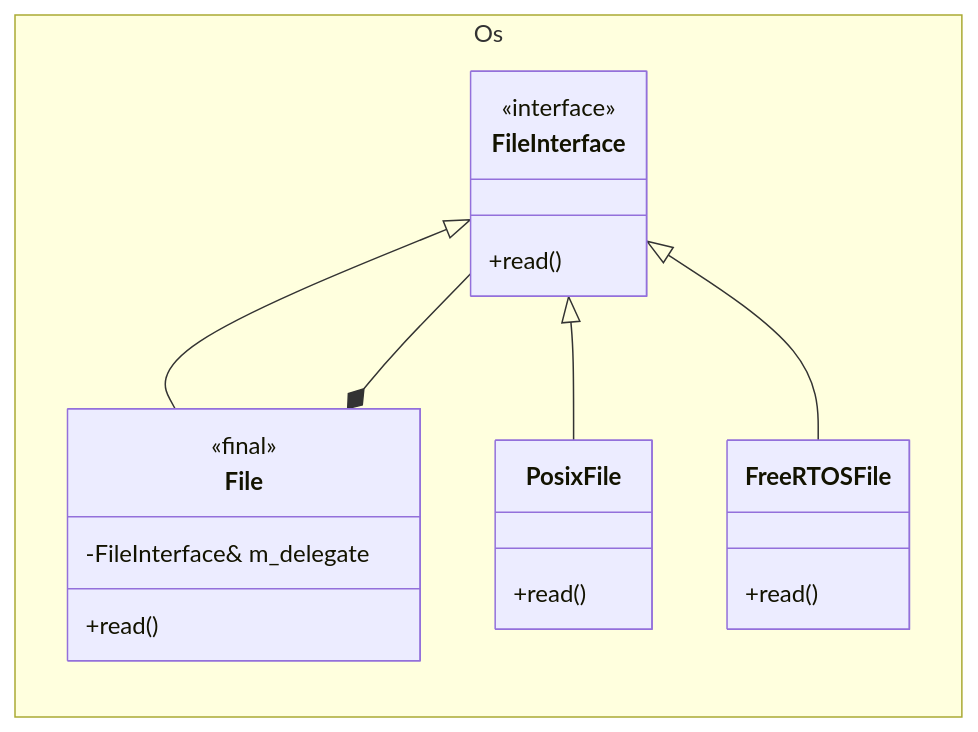
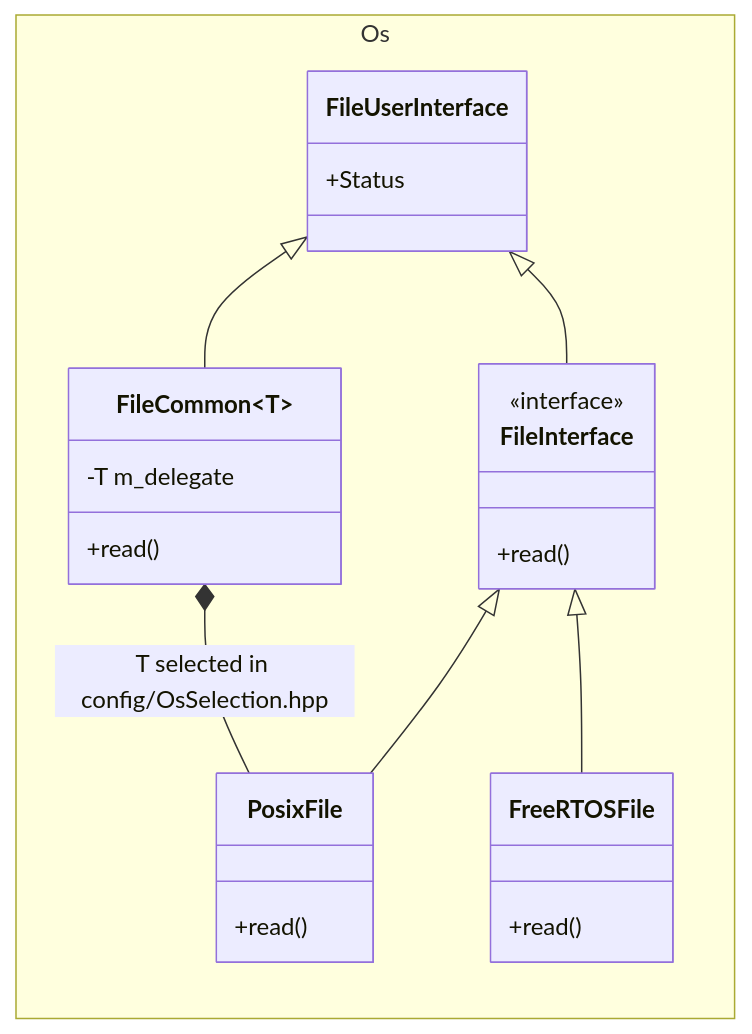
One commit to lestarch-autobot/fprime changed the diagram in Os/docs/sdd.md. Above: the diagram before and after it, drawn with Mermaid. The commit also changed other lines of this file and 57 other files, not shown here.

````diff
--- a/Os/docs/sdd.md
+++ b/Os/docs/sdd.md
@@ -87,28 +86,29 @@
 ```mermaid
 classDiagram
     direction LR
     namespace Os {
+        class FileUserInterface {
+            +Status
+        }
         class FileInterface {
             <<interface>>
             +read()
         }
-        class File {
-            <<final>>
-            -FileInterface& m_delegate
+        class FileCommon~T~ {
+            -T m_delegate
             +read()
-        } 
-     class PosixFile {
-                +read()
-            }
-            class FreeRTOSFile {
-                +read()
-            }   
+        }
+        class PosixFile {
+            +read()
+        }
+        class FreeRTOSFile {
+            +read()
+        }
     }
 
-
-    File *-- FileInterface
+    FileUserInterface <|-- FileInterface
+    FileUserInterface <|-- FileCommon~T~
     FileInterface <|--  PosixFile
     FileInterface <|--  FreeRTOSFile
-    FileInterface <|--  File
-
+    FileCommon~T~ *-- PosixFile : T selected in config/OsSelection.hpp
 ```
````
